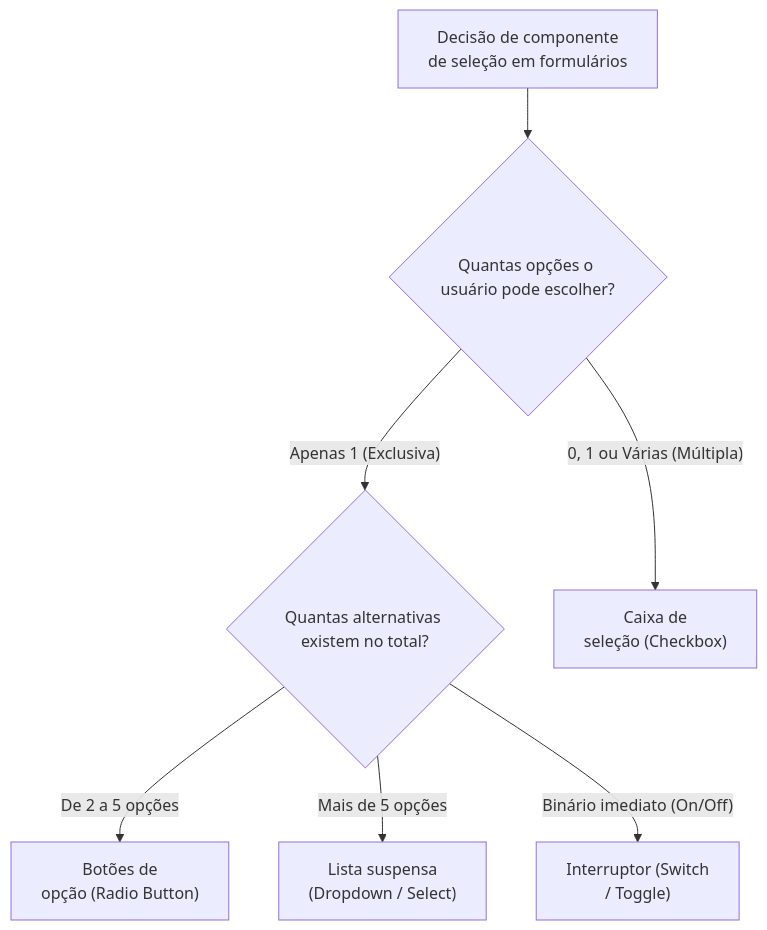
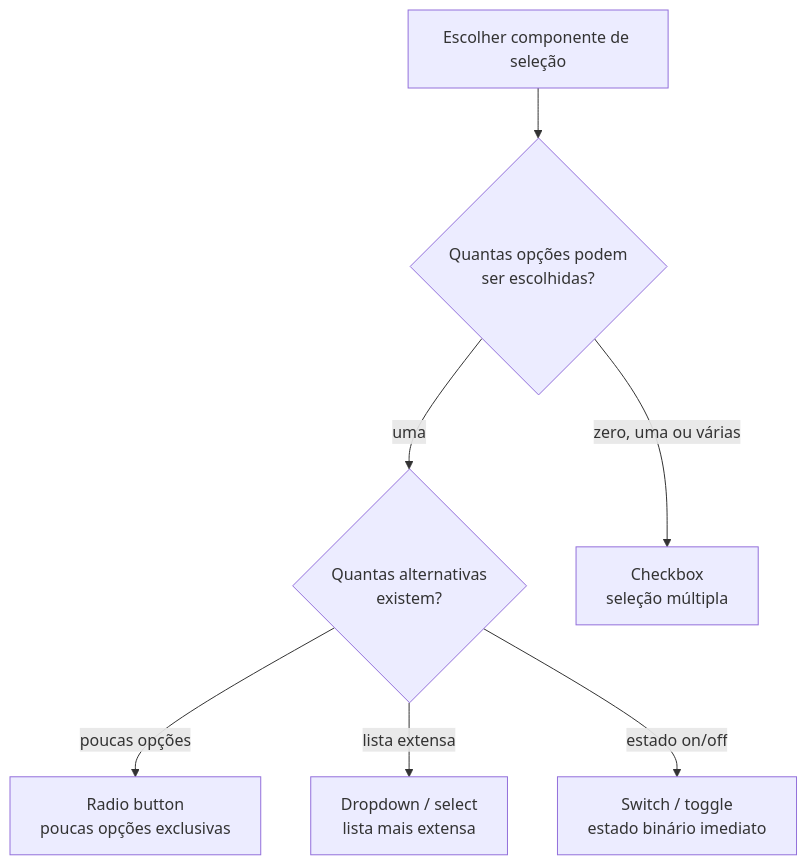
The first of 2 diagrams in 08. Design de Interacao/15. Componentes e recomendações ergonômicas em sistemas interativos.md (leorruas/puc), drawn with Mermaid before and after one commit. The commit also changed other lines of this file, not shown here.

````diff
--- a/08. Design de Interacao/15. Componentes e recomendações ergonômicas em sistemas interativos.md
+++ b/08. Design de Interacao/15. Componentes e recomendações ergonômicas em sistemas interativos.md
@@ -70,9 +69,17 @@
 ```mermaid
 flowchart TD
-    Seleção["Decisão de componente<br>de seleção em formulários"] --> Q1{"Quantas opções o usuário pode escolher?"}
-    Q1 -- "Apenas 1 (Exclusiva)" --> Q2{"Quantas alternativas existem no total?"}
-    Q1 -- "0, 1 ou Várias (Múltipla)" --> Checkbox["Caixa de<br>seleção (Checkbox)"]
-    Q2 -- "De 2 a 5 opções" --> Radio["Botões de<br>opção (Radio Button)"]
-    Q2 -- "Mais de 5 opções" --> Dropdown["Lista suspensa<br>(Dropdown / Select)"]
-    Q2 -- "Binário imediato (On/Off)" --> Toggle["Interruptor (Switch<br>/ Toggle)"]
+    Inicio["Escolher componente de seleção"]:::core
+    Quantas{"Quantas opções podem<br>ser escolhidas?"}:::component
+    Total{"Quantas alternativas<br>existem?"}:::component
+    Checkbox["Checkbox<br>seleção múltipla"]:::data
+    Radio["Radio button<br>poucas opções exclusivas"]:::data
+    Dropdown["Dropdown / select<br>lista mais extensa"]:::data
+    Toggle["Switch / toggle<br>estado binário imediato"]:::data
+
+    Inicio --> Quantas
+    Quantas -->|"uma"| Total
+    Quantas -->|"zero, uma ou várias"| Checkbox
+    Total -->|"poucas opções"| Radio
+    Total -->|"lista extensa"| Dropdown
+    Total -->|"estado on/off"| Toggle
 ```
````
